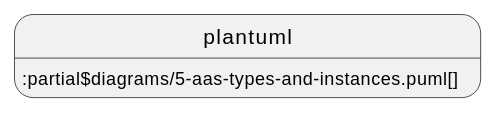
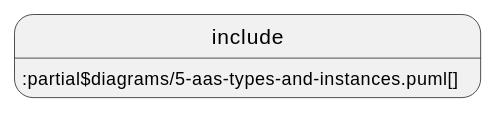
The second of 2 diagrams in documentation/IDTA-01001/modules/ROOT/pages/general.adoc (acplt/aas-specs), drawn with PlantUML before and after one commit. The commit also changed other lines of this file and 14 other files, not shown here.

First line of the commit message:
Revert "Use plantuml instead of include and test ./"

```diff
--- a/documentation/IDTA-01001/modules/ROOT/pages/general.adoc
+++ b/documentation/IDTA-01001/modules/ROOT/pages/general.adoc
@@ -232,4 +232,4 @@
 [plantuml, 5-aas-types-and-instances, svg]
 ....
-plantuml::partial$diagrams/5-aas-types-and-instances.puml[]
+include::partial$diagrams/5-aas-types-and-instances.puml[]
 ....
```
